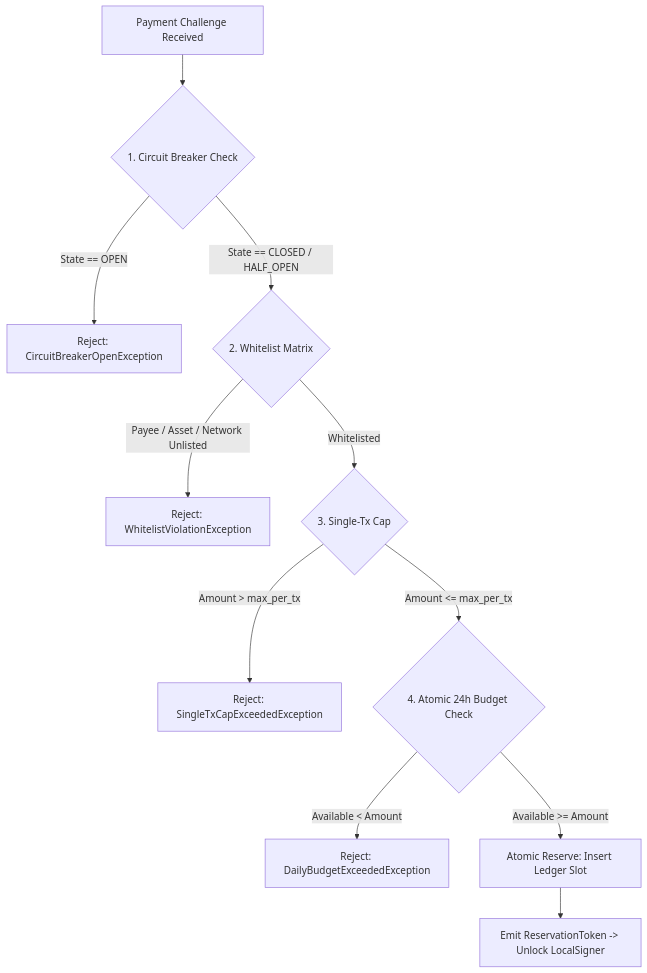
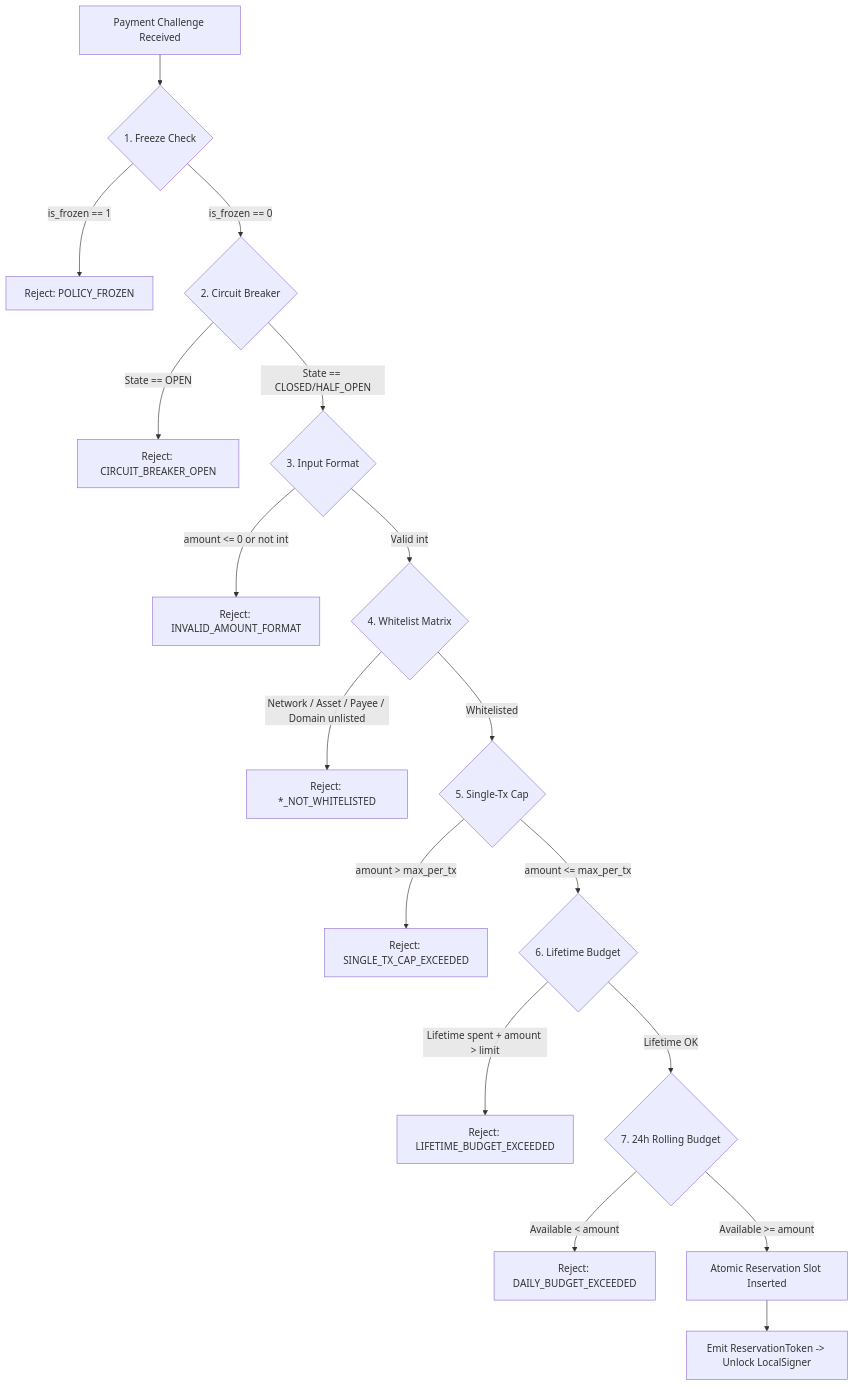
One commit to july-whj/AgentPay changed the first of 2 diagrams in specs/policy-engine-spec.md. Above: the diagram before and after it, drawn with Mermaid. The commit also changed other lines of this file and 13 other files, not shown here.

````diff
--- a/specs/policy-engine-spec.md
+++ b/specs/policy-engine-spec.md
@@ -14,13 +14,19 @@
 ```mermaid
 graph TD
-    Request[Payment Challenge Received] --> Step1{1. Circuit Breaker Check}
-    Step1 -->|State == OPEN| DenyBreaker[Reject: CircuitBreakerOpenException]
-    Step1 -->|State == CLOSED / HALF_OPEN| Step2{2. Whitelist Matrix}
-    Step2 -->|Payee / Asset / Network Unlisted| DenyWhitelist[Reject: WhitelistViolationException]
-    Step2 -->|Whitelisted| Step3{3. Single-Tx Cap}
-    Step3 -->|Amount > max_per_tx| DenyCap[Reject: SingleTxCapExceededException]
-    Step3 -->|Amount <= max_per_tx| Step4{4. Atomic 24h Budget Check}
-    Step4 -->|Available < Amount| DenyBudget[Reject: DailyBudgetExceededException]
-    Step4 -->|Available >= Amount| Reserve[Atomic Reserve: Insert Ledger Slot]
-    Reserve --> WakeSigner[Emit ReservationToken -> Unlock LocalSigner]
+    Req[Payment Challenge Received] --> S1{1. Freeze Check}
+    S1 -->|is_frozen == 1| D1[Reject: POLICY_FROZEN]
+    S1 -->|is_frozen == 0| S2{2. Circuit Breaker}
+    S2 -->|State == OPEN| D2[Reject: CIRCUIT_BREAKER_OPEN]
+    S2 -->|State == CLOSED/HALF_OPEN| S3{3. Input Format}
+    S3 -->|amount <= 0 or not int| D3[Reject: INVALID_AMOUNT_FORMAT]
+    S3 -->|Valid int| S4{4. Whitelist Matrix}
+    S4 -->|Network / Asset / Payee / Domain unlisted| D4[Reject: *_NOT_WHITELISTED]
+    S4 -->|Whitelisted| S5{5. Single-Tx Cap}
+    S5 -->|amount > max_per_tx| D5[Reject: SINGLE_TX_CAP_EXCEEDED]
+    S5 -->|amount <= max_per_tx| S6{6. Lifetime Budget}
+    S6 -->|Lifetime spent + amount > limit| D6[Reject: LIFETIME_BUDGET_EXCEEDED]
+    S6 -->|Lifetime OK| S7{7. 24h Rolling Budget}
+    S7 -->|Available < amount| D7[Reject: DAILY_BUDGET_EXCEEDED]
+    S7 -->|Available >= amount| Pass[Atomic Reservation Slot Inserted]
+    Pass --> Token[Emit ReservationToken -> Unlock LocalSigner]
 ```
````
